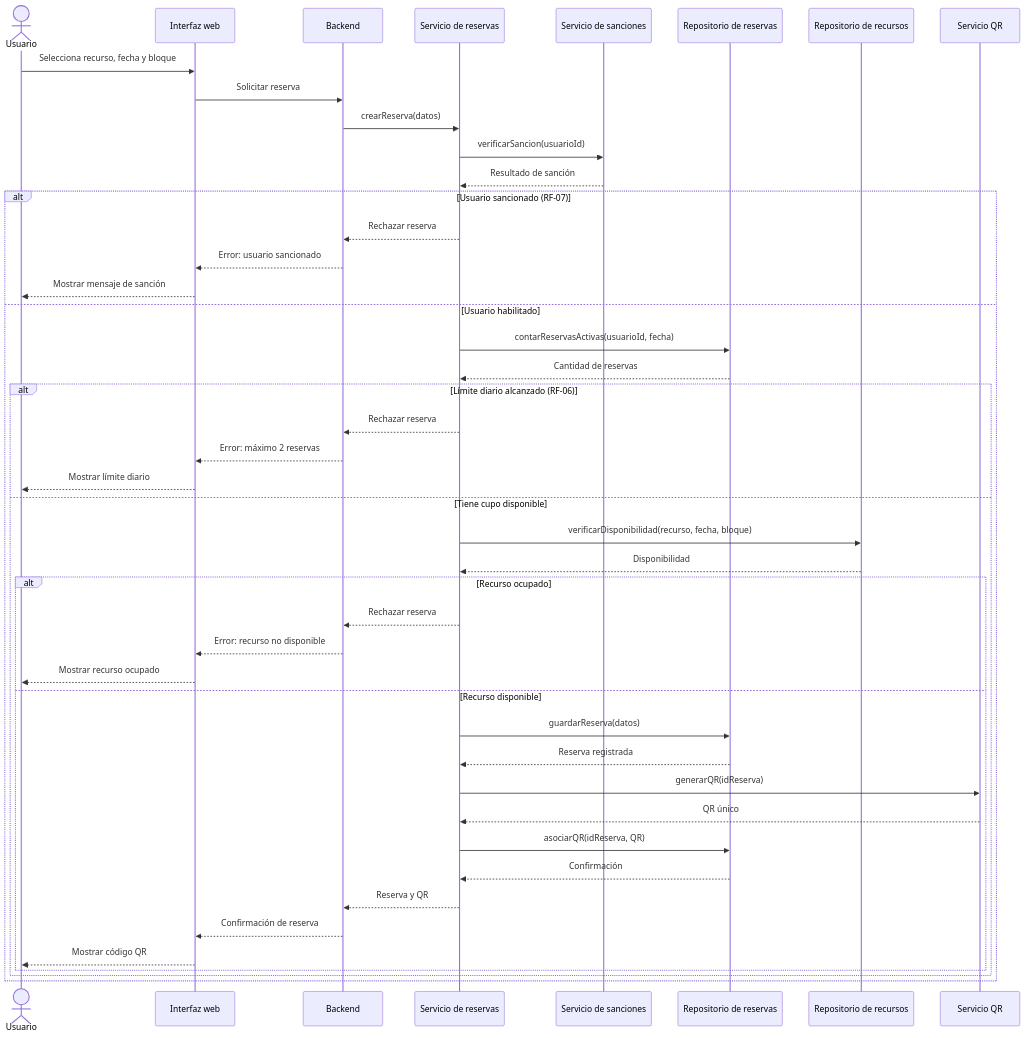
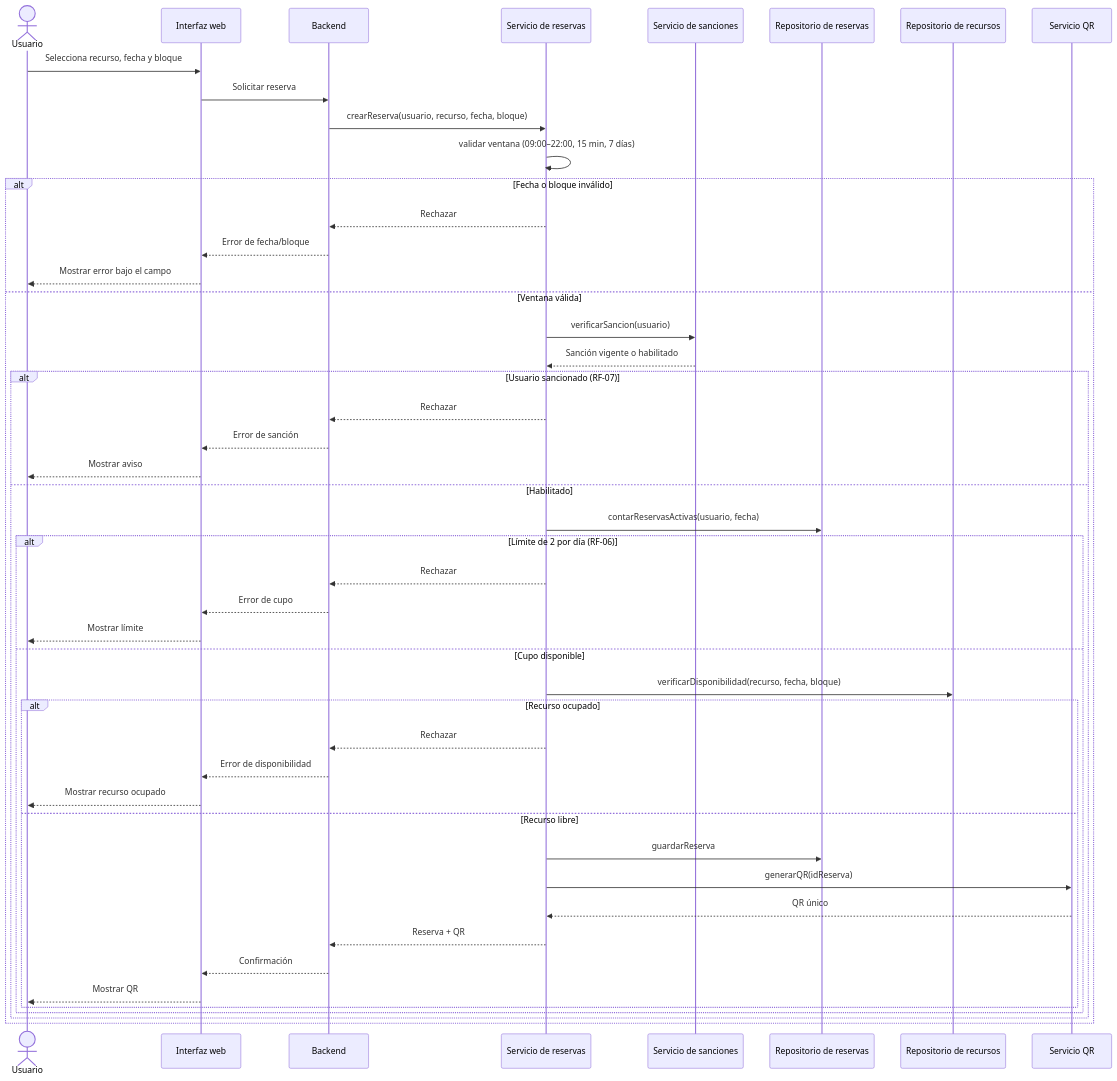
One commit to yordycg/biblioteca-viva changed the diagram in docs/week-02/diagrams/secuencia-reserva.mmd. Above: the diagram before and after it, drawn with Mermaid. The commit also changed 96 other files, not shown here.

```diff
--- a/docs/week-02/diagrams/secuencia-reserva.mmd
+++ b/docs/week-02/diagrams/secuencia-reserva.mmd
@@ -1,52 +1,52 @@
-%% BibliotecaViva — Secuencia de reserva con QR
+%% BibliotecaViva — Secuencia de reserva por bloque con QR (revisión semana 3)
 %% Fuente de verdad del diagrama. Sintaxis Mermaid (GitHub).
-%% Transcrito el 2026-11-05 desde sem2-t2-diagrama-secuencia.png (entrega de SEM2-T2
-%% de Héctor Oviedo), para que la fuente y la exportación coincidan.
+%% 13 bloques de 09:00 a 22:00; antelación mínima de 15 minutos; horizonte de 7 días.
 
 sequenceDiagram
   actor U as Usuario
   participant UI as Interfaz web
   participant BE as Backend
   participant SR as Servicio de reservas
   participant SS as Servicio de sanciones
   participant RRes as Repositorio de reservas
   participant RRec as Repositorio de recursos
   participant QR as Servicio QR
 
   U->>UI: Selecciona recurso, fecha y bloque
   UI->>BE: Solicitar reserva
-  BE->>SR: crearReserva(datos)
-  SR->>SS: verificarSancion(usuarioId)
-  SS-->>SR: Resultado de sanción
-
-  alt Usuario sancionado (RF-07)
-    SR-->>BE: Rechazar reserva
-    BE-->>UI: Error: usuario sancionado
-    UI-->>U: Mostrar mensaje de sanción
-  else Usuario habilitado
-    SR->>RRes: contarReservasActivas(usuarioId, fecha)
-    RRes-->>SR: Cantidad de reservas
-    alt Límite diario alcanzado (RF-06)
-      SR-->>BE: Rechazar reserva
-      BE-->>UI: Error: máximo 2 reservas
-      UI-->>U: Mostrar límite diario
-    else Tiene cupo disponible
-      SR->>RRec: verificarDisponibilidad(recurso, fecha, bloque)
-      RRec-->>SR: Disponibilidad
-      alt Recurso ocupado
-        SR-->>BE: Rechazar reserva
-        BE-->>UI: Error: recurso no disponible
-        UI-->>U: Mostrar recurso ocupado
-      else Recurso disponible
-        SR->>RRes: guardarReserva(datos)
-        RRes-->>SR: Reserva registrada
-        SR->>QR: generarQR(idReserva)
-        QR-->>SR: QR único
-        SR->>RRes: asociarQR(idReserva, QR)
-        RRes-->>SR: Confirmación
-        SR-->>BE: Reserva y QR
-        BE-->>UI: Confirmación de reserva
-        UI-->>U: Mostrar código QR
+  BE->>SR: crearReserva(usuario, recurso, fecha, bloque)
+  SR->>SR: validar ventana (09:00–22:00, 15 min, 7 días)
+  alt Fecha o bloque inválido
+    SR-->>BE: Rechazar
+    BE-->>UI: Error de fecha/bloque
+    UI-->>U: Mostrar error bajo el campo
+  else Ventana válida
+    SR->>SS: verificarSancion(usuario)
+    SS-->>SR: Sanción vigente o habilitado
+    alt Usuario sancionado (RF-07)
+      SR-->>BE: Rechazar
+      BE-->>UI: Error de sanción
+      UI-->>U: Mostrar aviso
+    else Habilitado
+      SR->>RRes: contarReservasActivas(usuario, fecha)
+      alt Límite de 2 por día (RF-06)
+        SR-->>BE: Rechazar
+        BE-->>UI: Error de cupo
+        UI-->>U: Mostrar límite
+      else Cupo disponible
+        SR->>RRec: verificarDisponibilidad(recurso, fecha, bloque)
+        alt Recurso ocupado
+          SR-->>BE: Rechazar
+          BE-->>UI: Error de disponibilidad
+          UI-->>U: Mostrar recurso ocupado
+        else Recurso libre
+          SR->>RRes: guardarReserva
+          SR->>QR: generarQR(idReserva)
+          QR-->>SR: QR único
+          SR-->>BE: Reserva + QR
+          BE-->>UI: Confirmación
+          UI-->>U: Mostrar QR
+        end
       end
     end
   end
```
